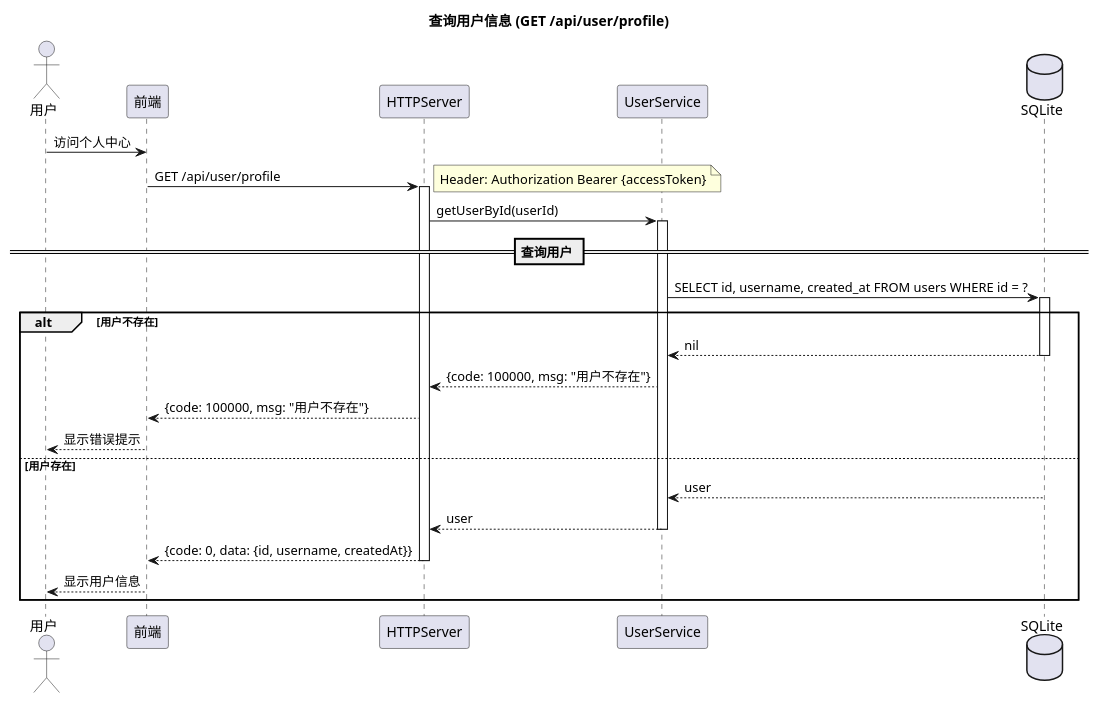
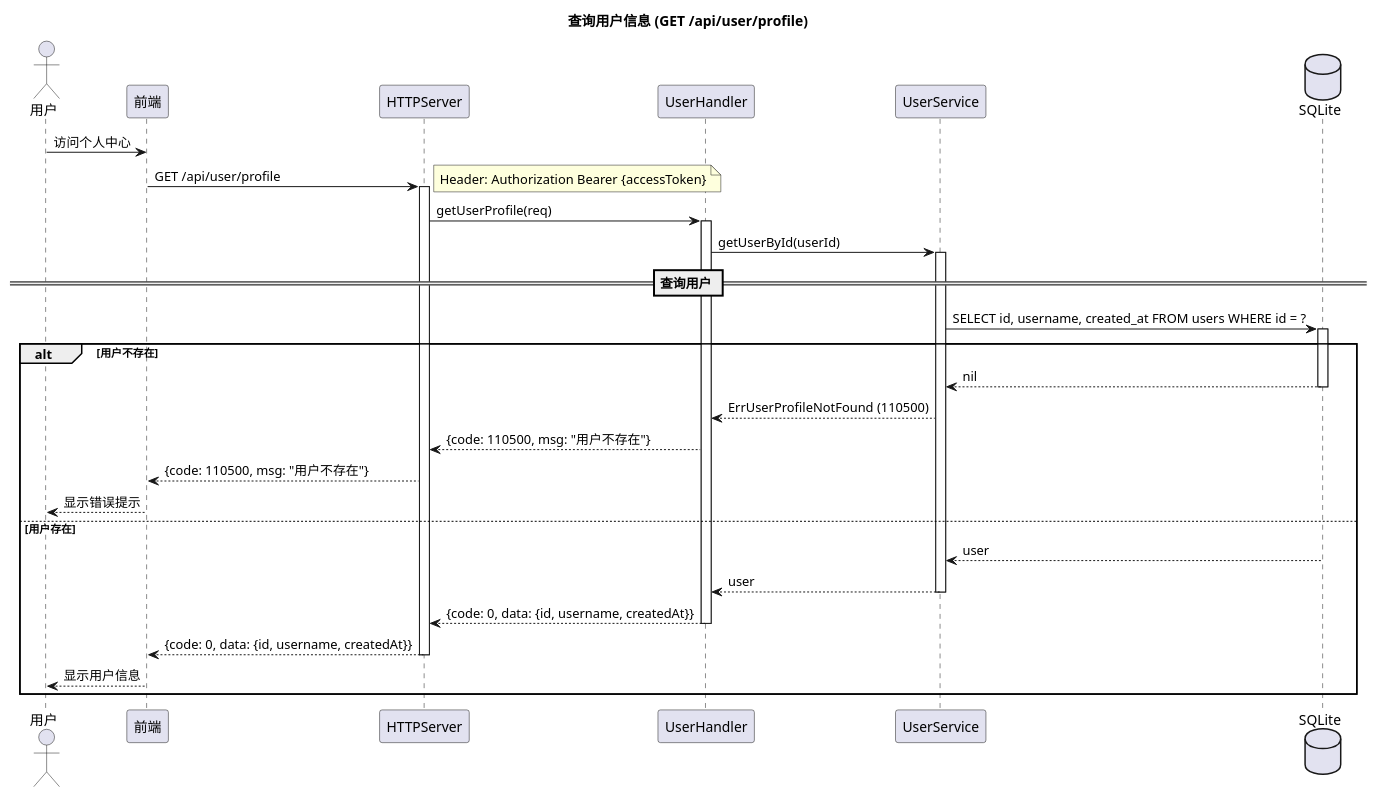
The diagram in docs/uml/02-sequence/01-05-get-user-profile.puml (loommii/OctoTify), drawn with PlantUML before and after one commit. The commit also changed 6 other files, not shown here.

```diff
--- a/docs/uml/02-sequence/01-05-get-user-profile.puml
+++ b/docs/uml/02-sequence/01-05-get-user-profile.puml
@@ -1,42 +1,48 @@
 @startuml OctoTify_Sequence_GetUserProfile
 
 skinparam sequenceStyle svg
 skinparam linetype ortho
 
 title 查询用户信息 (GET /api/user/profile)
 
 actor "用户" as User
 participant "前端" as Frontend
 participant "HTTPServer" as Server
+participant "UserHandler" as Handler
 participant "UserService" as UserSvc
 database "SQLite" as DB
 
 User -> Frontend: 访问个人中心
 Frontend -> Server: GET /api/user/profile
 note right: Header: Authorization Bearer {accessToken}
 activate Server
-Server -> UserSvc: getUserById(userId)
+Server -> Handler: getUserProfile(req)
+activate Handler
+Handler -> UserSvc: getUserById(userId)
 activate UserSvc
 
 == 查询用户 ==
 
 UserSvc -> DB: SELECT id, username, created_at FROM users WHERE id = ?
 activate DB
 
 alt 用户不存在
     DB --> UserSvc: nil
     deactivate DB
-    UserSvc --> Server: {code: 100000, msg: "用户不存在"}
-    Server --> Frontend: {code: 100000, msg: "用户不存在"}
+    UserSvc --> Handler: ErrUserProfileNotFound (110500)
+    Handler --> Server: {code: 110500, msg: "用户不存在"}
+    Server --> Frontend: {code: 110500, msg: "用户不存在"}
     Frontend --> User: 显示错误提示
 else 用户存在
     DB --> UserSvc: user
     deactivate DB
-    UserSvc --> Server: user
+    UserSvc --> Handler: user
     deactivate UserSvc
+    Handler --> Server: {code: 0, data: {id, username, createdAt}}
+    deactivate Handler
     Server --> Frontend: {code: 0, data: {id, username, createdAt}}
     deactivate Server
     Frontend --> User: 显示用户信息
 end
 
 @enduml
```
